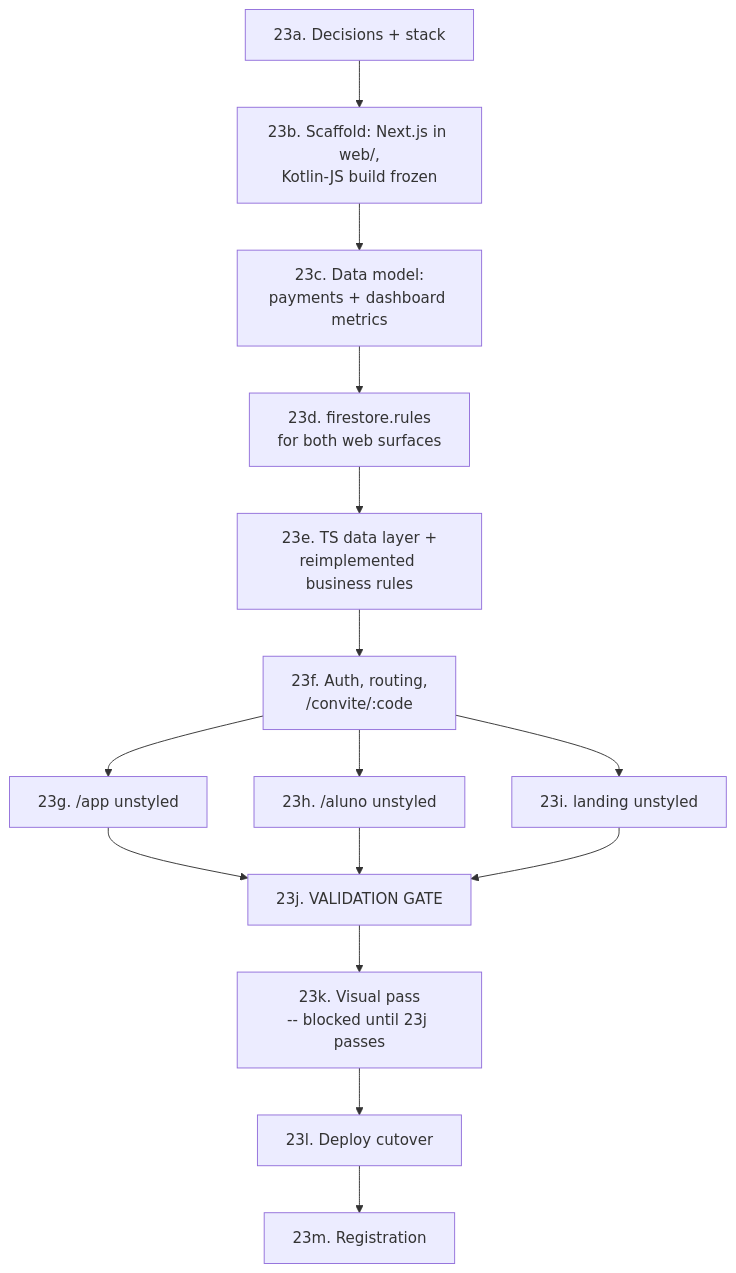
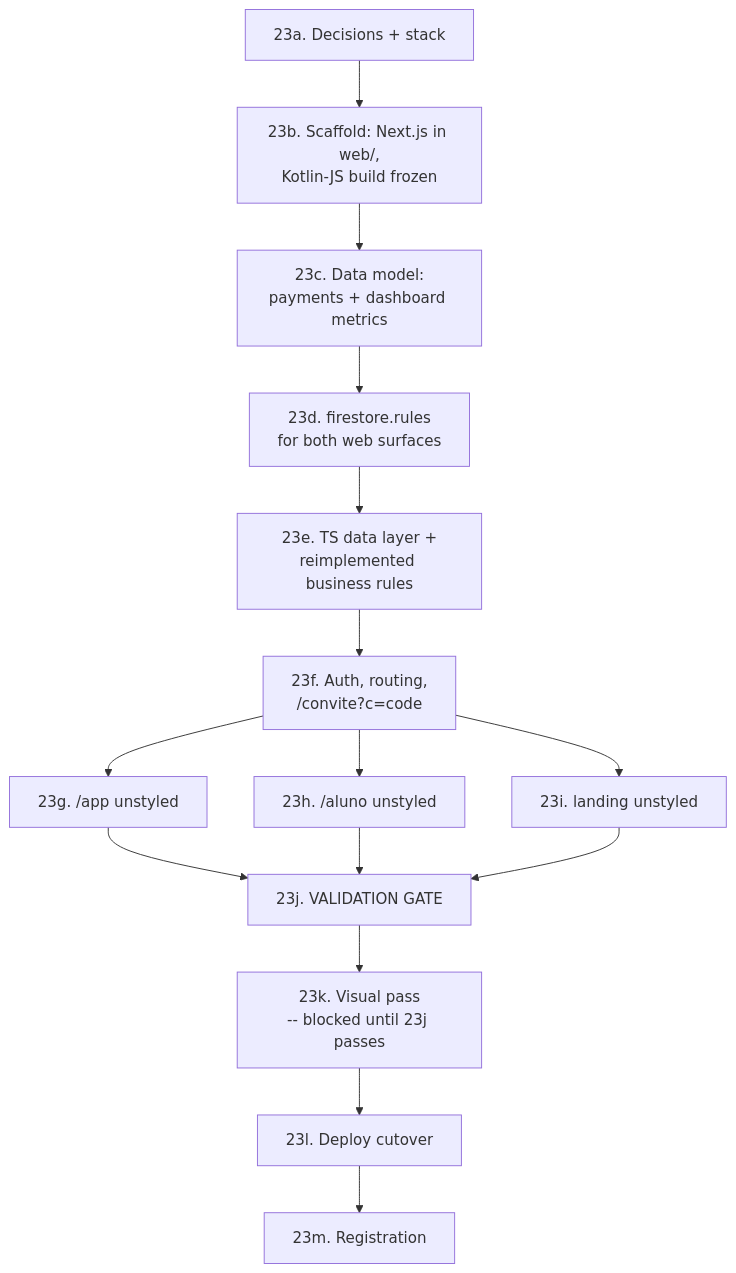
Before and after one commit to alexmiguel011014-stack/Personal_app_android: diagram 11 of 11 in GOALS.md, drawn with Mermaid. The commit also changed other lines of this file and 20 other files, not shown here.

````diff
--- a/GOALS.md
+++ b/GOALS.md
@@ -3352,17 +3352,17 @@
 ```mermaid
 flowchart TD
     A[23a. Decisions + stack] --> B[23b. Scaffold: Next.js in web/,\nKotlin-JS build frozen]
     B --> C[23c. Data model:\npayments + dashboard metrics]
     C --> D[23d. firestore.rules\nfor both web surfaces]
     D --> E[23e. TS data layer +\nreimplemented business rules]
-    E --> F[23f. Auth, routing,\n/convite/:code]
+    E --> F[23f. Auth, routing,\n/convite?c=code]
     F --> G[23g. /app unstyled]
     F --> H[23h. /aluno unstyled]
     F --> I[23i. landing unstyled]
     G --> J[23j. VALIDATION GATE]
     H --> J
     I --> J
     J --> K[23k. Visual pass\n-- blocked until 23j passes]
     K --> L[23l. Deploy cutover]
     L --> M[23m. Registration]
 ```
````
